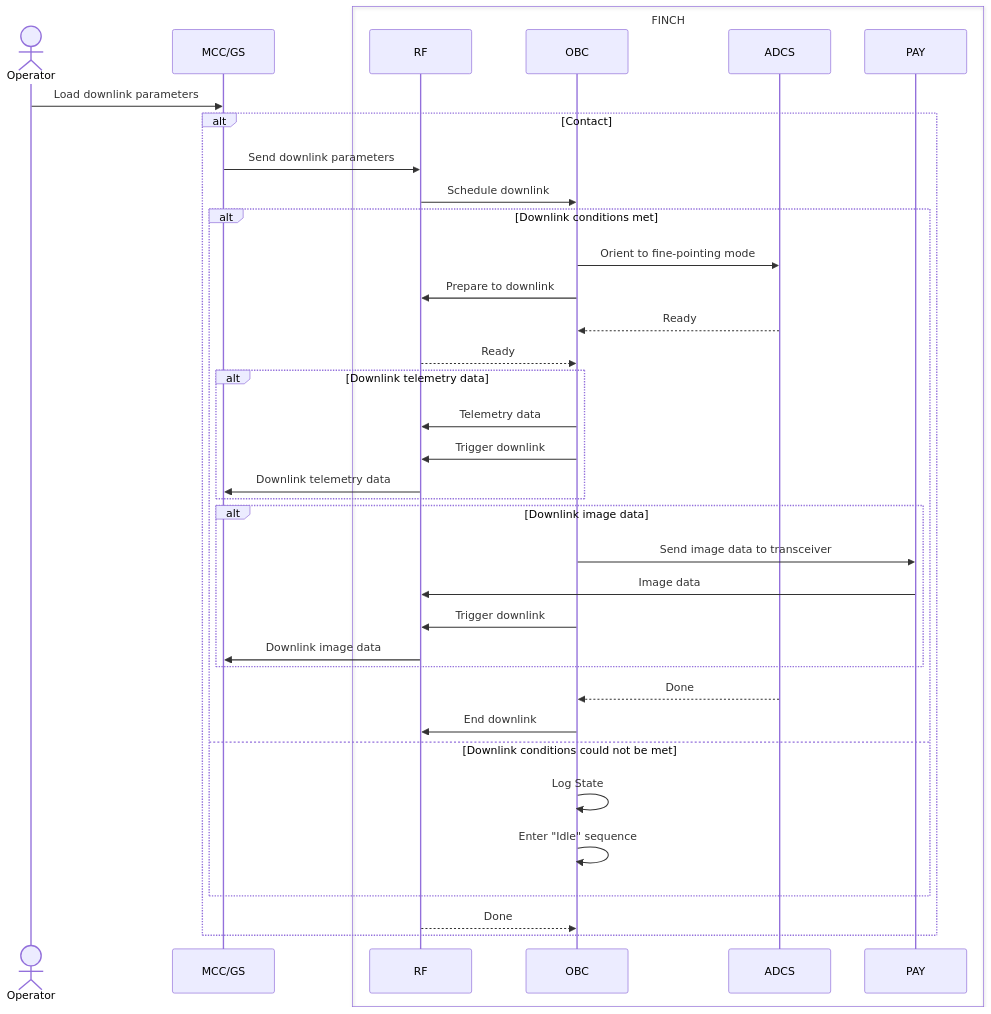
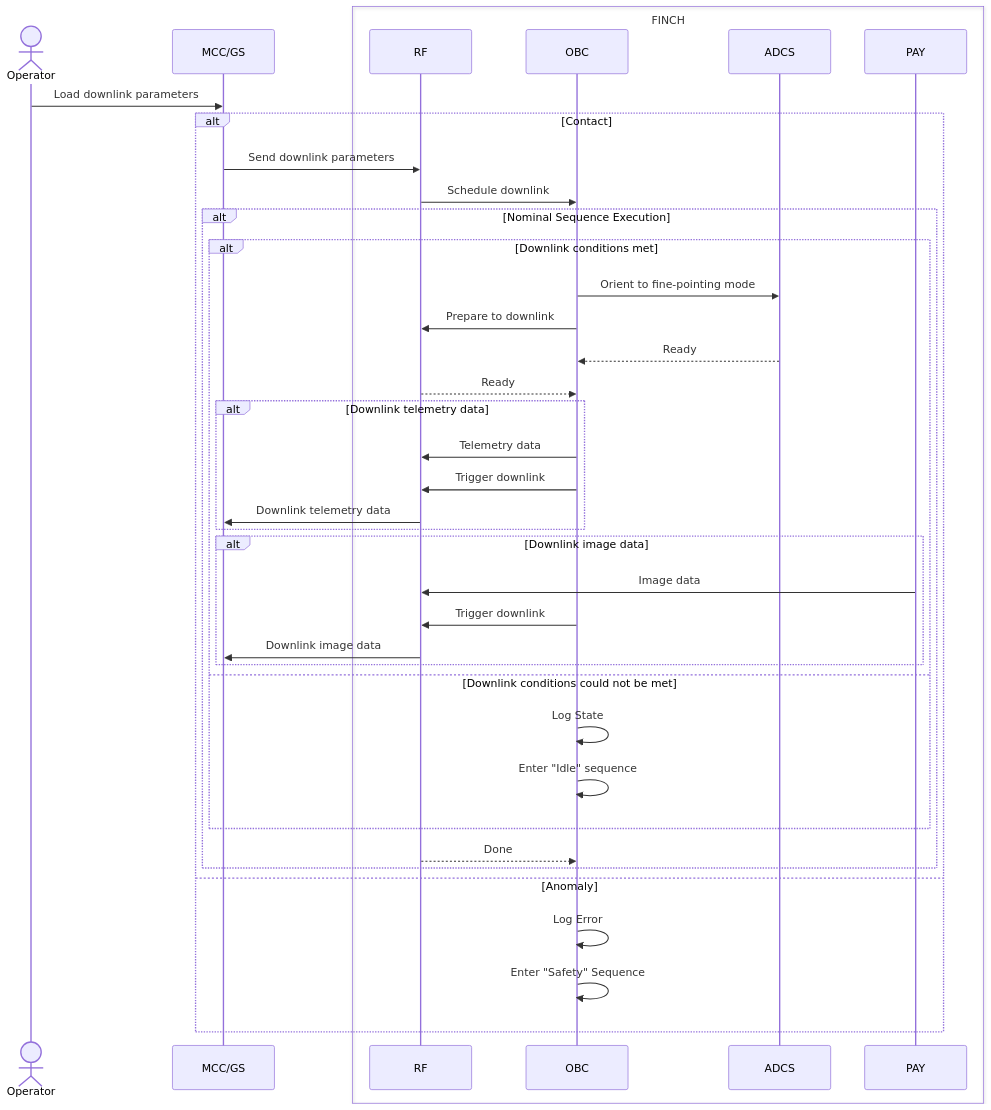
One commit to utat-ss/FINCH-sequence-diagrams changed the diagram in command sequences/downlinking-command.md. Above: the diagram before and after it, drawn with Mermaid.

````diff
--- a/command sequences/downlinking-command.md
+++ b/command sequences/downlinking-command.md
@@ -2,51 +2,52 @@
 ```mermaid
 
 sequenceDiagram
 
     Actor Operator
     participant MCC/GS
     box FINCH
         participant RF
         participant OBC
         participant ADCS
         participant PAY
     end
 
     Operator->>MCC/GS: Load downlink parameters
     
     alt Contact
         MCC/GS->>RF: Send downlink parameters
         RF->>OBC: Schedule downlink
+
+        alt Nominal Sequence Execution
+            alt Downlink conditions met
+                OBC->>ADCS: Orient to fine-pointing mode
+                OBC->>RF: Prepare to downlink
+                ADCS-->>OBC: Ready
+                RF-->>OBC: Ready
+    
+                alt Downlink telemetry data
+                    OBC->>RF: Telemetry data
+                    OBC->>RF: Trigger downlink
+                    RF->>MCC/GS: Downlink telemetry data 
+                end
+    
+                alt Downlink image data
+                    # what's the criteria for downlinking an image?
+                    PAY->>RF: Image data
+                    OBC->>RF: Trigger downlink
+                    RF->>MCC/GS: Downlink image data
+                end
+                
+            else Downlink conditions could not be met
+                OBC->>OBC: Log State
+                OBC->>OBC: Enter "Idle" sequence
+            end
         
-        alt Downlink conditions met
-            OBC->>ADCS: Orient to fine-pointing mode
-            OBC->>RF: Prepare to downlink
-            ADCS-->>OBC: Ready
-            RF-->>OBC: Ready
-
-            alt Downlink telemetry data
-                OBC->>RF: Telemetry data
-                OBC->>RF: Trigger downlink
-                RF->>MCC/GS: Downlink telemetry data 
-            end
-
-            alt Downlink image data
-                # what's the criteria for downlinking an image?
-                OBC->>PAY: Send image data to transceiver
-                PAY->>RF: Image data
-                OBC->>RF: Trigger downlink
-                RF->>MCC/GS: Downlink image data
-            end
-
-            ADCS-->>OBC: Done
-            OBC->>RF: End downlink
-            
-        else Downlink conditions could not be met
-            OBC->>OBC: Log State
-            OBC->>OBC: Enter "Idle" sequence
+            RF-->>OBC: Done  
         end
-    
-        RF-->>OBC: Done  
-    end
+        else Anomaly
+            OBC->>OBC: Log Error
+            OBC->>OBC: Enter "Safety" Sequence
+        end
 
 ```
````
